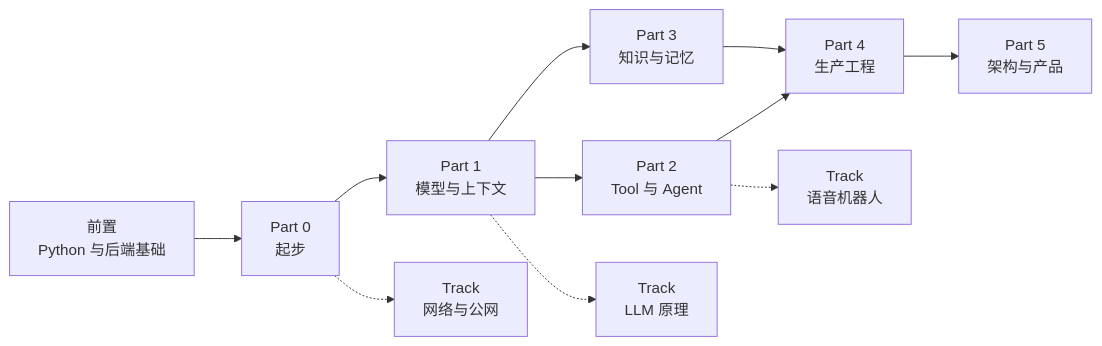
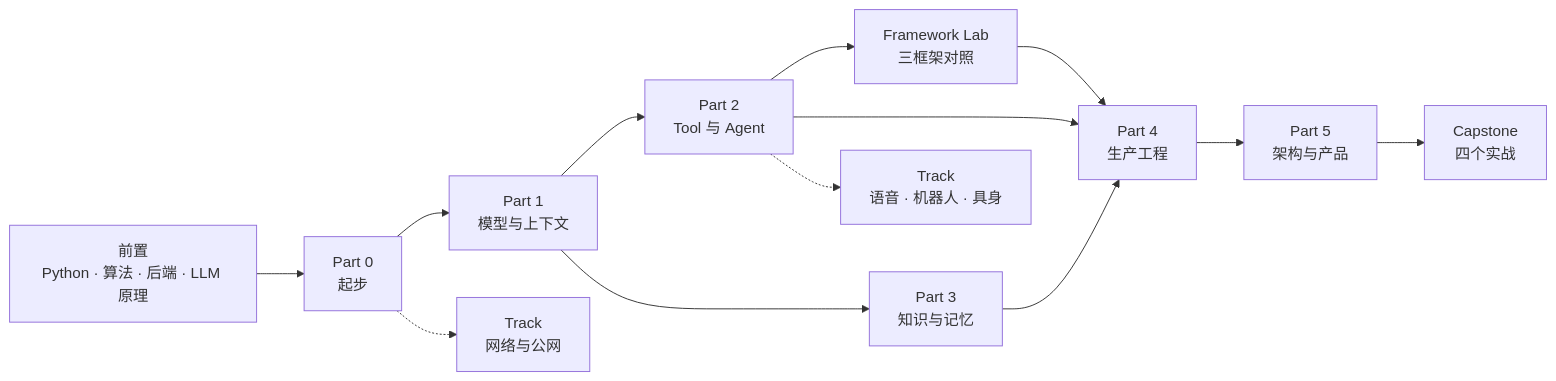
Before and after one commit to lance2016/ai-app-engineering: the diagram in README.md, drawn with Mermaid. The commit also changed other lines of this file and 64 other files, not shown here.

````diff
--- a/README.md
+++ b/README.md
@@ -20,13 +20,15 @@
 ```mermaid
 flowchart LR
-    PRE[前置<br/>Python 与后端基础] --> P0[Part 0<br/>起步]
+    PRE[前置<br/>Python · 算法 · 后端 · LLM 原理] --> P0[Part 0<br/>起步]
     P0 --> P1[Part 1<br/>模型与上下文]
     P1 --> P2[Part 2<br/>Tool 与 Agent]
     P1 --> P3[Part 3<br/>知识与记忆]
+    P2 --> LAB[Framework Lab<br/>三框架对照]
     P2 --> P4[Part 4<br/>生产工程]
     P3 --> P4
+    LAB --> P4
     P4 --> P5[Part 5<br/>架构与产品]
-    P2 -.-> T1[Track<br/>语音机器人]
-    P1 -.-> T2[Track<br/>LLM 原理]
+    P5 --> CAP[Capstone<br/>四个实战]
+    P2 -.-> T1[Track<br/>语音 · 机器人 · 具身]
     P0 -.-> T3[Track<br/>网络与公网]
 ```
````
